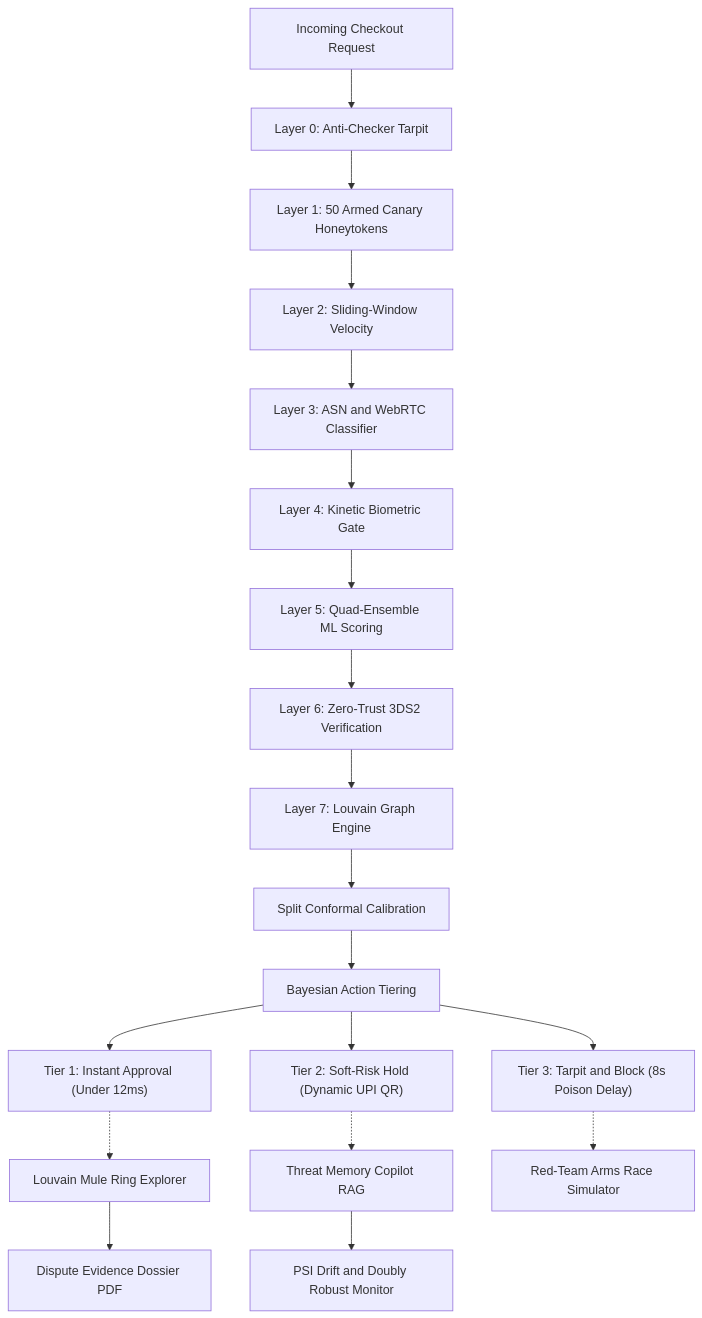
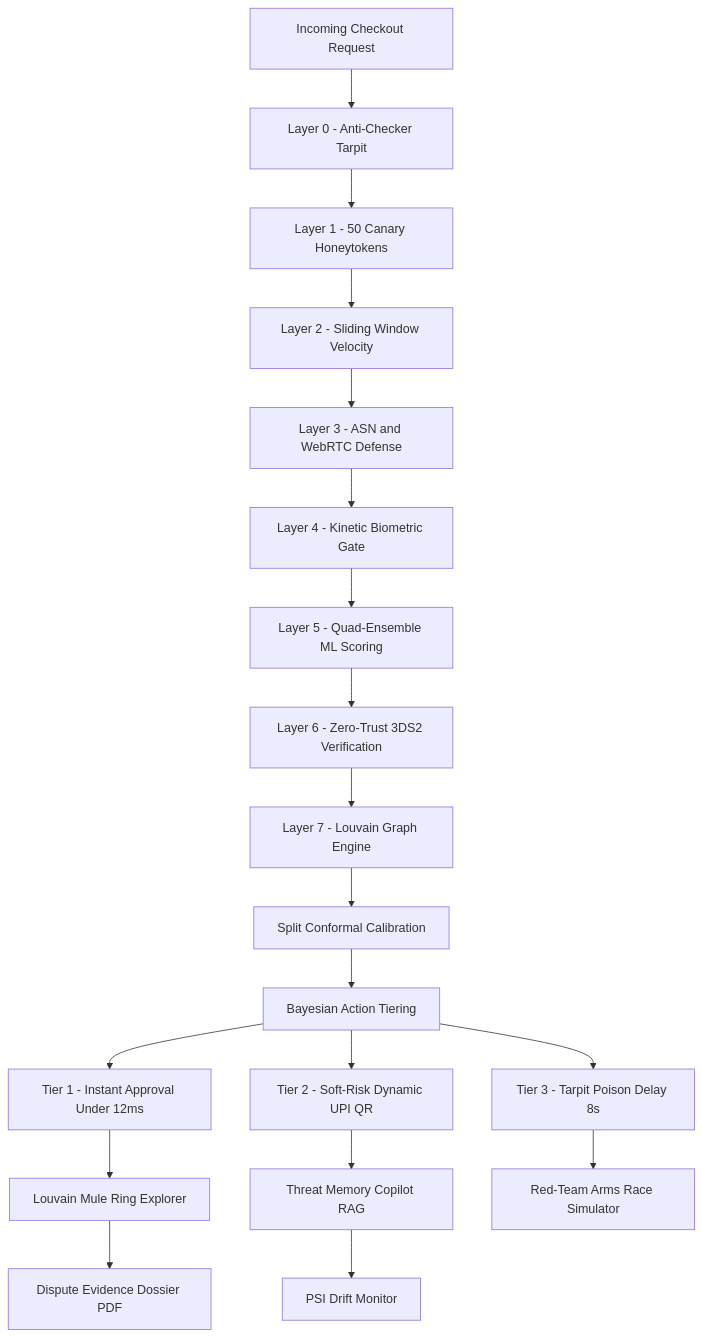
Before and after one commit to GeekLuffy/RazorVigil: the first of 2 diagrams in README.md, drawn with Mermaid. The commit also changed other lines of this file, not shown here.

Commit message:
fix(readme): remove all parentheses and colons from Mermaid to guarantee GitHub compatibility, add ASCII architecture diagram

````diff
--- a/README.md
+++ b/README.md
@@ -53,23 +77,23 @@
 ```mermaid
-graph TD
-    REQ["Incoming Checkout Request"] --> L0["Layer 0: Anti-Checker Tarpit"]
-    L0 --> L1["Layer 1: 50 Armed Canary Honeytokens"]
-    L1 --> L2["Layer 2: Sliding-Window Velocity"]
-    L2 --> L3["Layer 3: ASN and WebRTC Classifier"]
-    L3 --> L4["Layer 4: Kinetic Biometric Gate"]
-    L4 --> L5["Layer 5: Quad-Ensemble ML Scoring"]
-    L5 --> L6["Layer 6: Zero-Trust 3DS2 Verification"]
-    L6 --> L7["Layer 7: Louvain Graph Engine"]
-    L7 --> CF["Split Conformal Calibration"]
-    CF --> MEL["Bayesian Action Tiering"]
+flowchart TD
+    REQ[Incoming Checkout Request] --> L0[Layer 0 - Anti-Checker Tarpit]
+    L0 --> L1[Layer 1 - 50 Canary Honeytokens]
+    L1 --> L2[Layer 2 - Sliding Window Velocity]
+    L2 --> L3[Layer 3 - ASN and WebRTC Defense]
+    L3 --> L4[Layer 4 - Kinetic Biometric Gate]
+    L4 --> L5[Layer 5 - Quad-Ensemble ML Scoring]
+    L5 --> L6[Layer 6 - Zero-Trust 3DS2 Verification]
+    L6 --> L7[Layer 7 - Louvain Graph Engine]
+    L7 --> CF[Split Conformal Calibration]
+    CF --> MEL[Bayesian Action Tiering]
 
-    MEL --> T1["Tier 1: Instant Approval (Under 12ms)"]
-    MEL --> T2["Tier 2: Soft-Risk Hold (Dynamic UPI QR)"]
-    MEL --> T3["Tier 3: Tarpit and Block (8s Poison Delay)"]
+    MEL --> T1[Tier 1 - Instant Approval Under 12ms]
+    MEL --> T2[Tier 2 - Soft-Risk Dynamic UPI QR]
+    MEL --> T3[Tier 3 - Tarpit Poison Delay 8s]
 
-    T1 -.-> A1["Louvain Mule Ring Explorer"]
-    T2 -.-> A2["Threat Memory Copilot RAG"]
-    T3 -.-> A3["Red-Team Arms Race Simulator"]
-    A1 --> A4["Dispute Evidence Dossier PDF"]
-    A2 --> A5["PSI Drift and Doubly Robust Monitor"]
+    T1 --> A1[Louvain Mule Ring Explorer]
+    T2 --> A2[Threat Memory Copilot RAG]
+    T3 --> A3[Red-Team Arms Race Simulator]
+    A1 --> A4[Dispute Evidence Dossier PDF]
+    A2 --> A5[PSI Drift Monitor]
 ```
````
